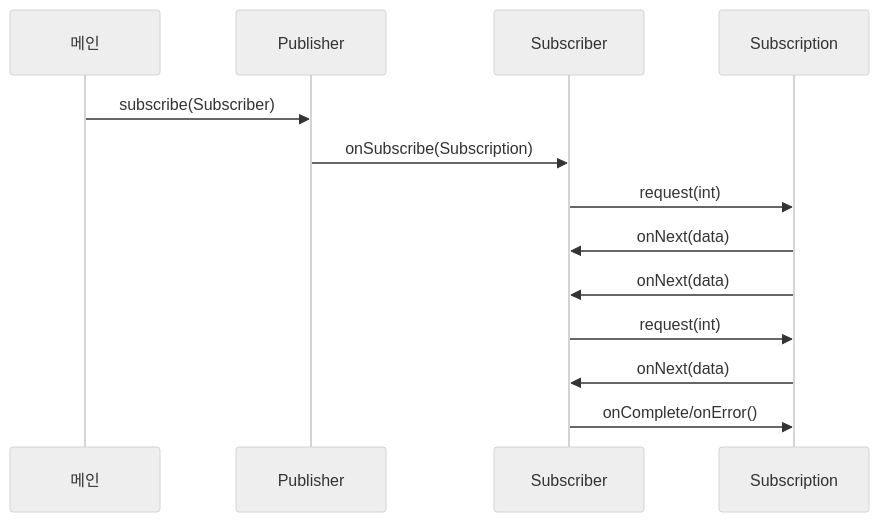
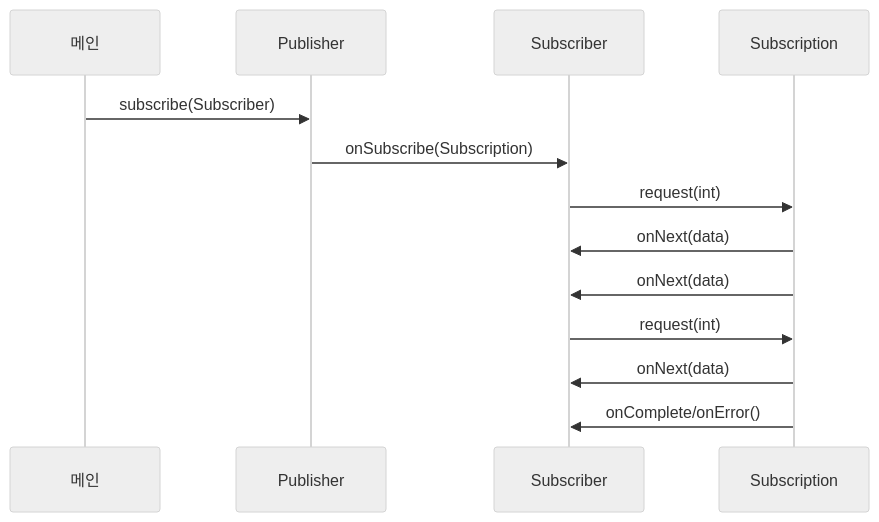
Before and after one commit to oliviarla/footprint: the diagram in java/modern-java-in-action/17.md, drawn with Mermaid (neutral theme). The commit also changed other lines of this file and 443 other files, not shown here.

````diff
--- a/java/modern-java-in-action/17.md
+++ b/java/modern-java-in-action/17.md
@@ -51,12 +51,12 @@
 ```mermaid
 sequenceDiagram
 메인 ->> Publisher: subscribe(Subscriber)
 Publisher ->> Subscriber: onSubscribe(Subscription)
 Subscriber ->> Subscription: request(int)
 Subscription ->> Subscriber: onNext(data)
 Subscription ->> Subscriber: onNext(data)
 Subscriber ->> Subscription: request(int)
 Subscription ->> Subscriber: onNext(data)
-Subscriber ->> Subscription: onComplete/onError()
+Subscription ->> Subscriber: onComplete/onError()
 
 ```
````
